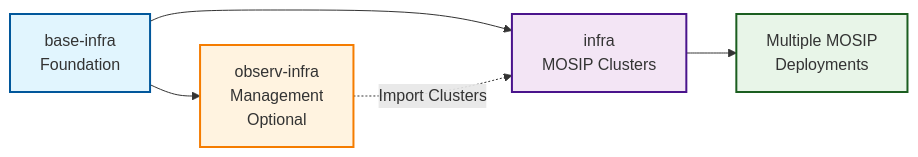
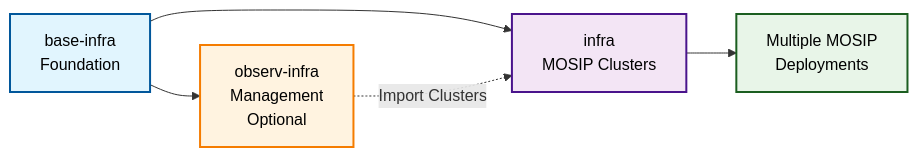
The first of 3 diagrams in .github/workflows/README.md (mosip/infra), drawn with Mermaid before and after one commit. The commit also changed other lines of this file and 14 other files, not shown here.

````diff
--- a/.github/workflows/README.md
+++ b/.github/workflows/README.md
@@ -67,12 +67,12 @@
 ```mermaid
 graph LR
     A[base-infra<br/>Foundation] --> B[observ-infra<br/>Management<br/>Optional]
     A --> C[infra<br/>MOSIP Clusters]
     B -.->|Import Clusters| C
     C --> D[Multiple MOSIP<br/>Deployments]
     
-    style A fill:#e1f5fe,stroke:#01579b,stroke-width:2px
-    style B fill:#fff3e0,stroke:#f57c00,stroke-width:2px
-    style C fill:#f3e5f5,stroke:#4a148c,stroke-width:2px
-    style D fill:#e8f5e8,stroke:#1b5e20,stroke-width:2px
+    style A fill:#e1f5fe,stroke:#01579b,stroke-width:2px,color:#000000
+    style B fill:#fff3e0,stroke:#f57c00,stroke-width:2px,color:#000000
+    style C fill:#f3e5f5,stroke:#4a148c,stroke-width:2px,color:#000000
+    style D fill:#e8f5e8,stroke:#1b5e20,stroke-width:2px,color:#000000
 ```
````
